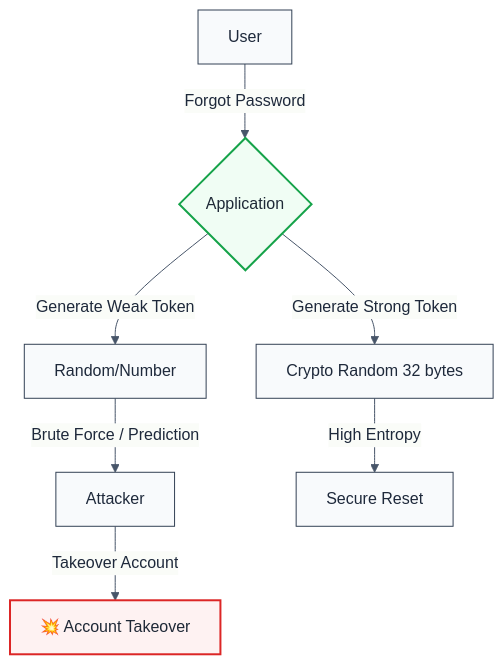
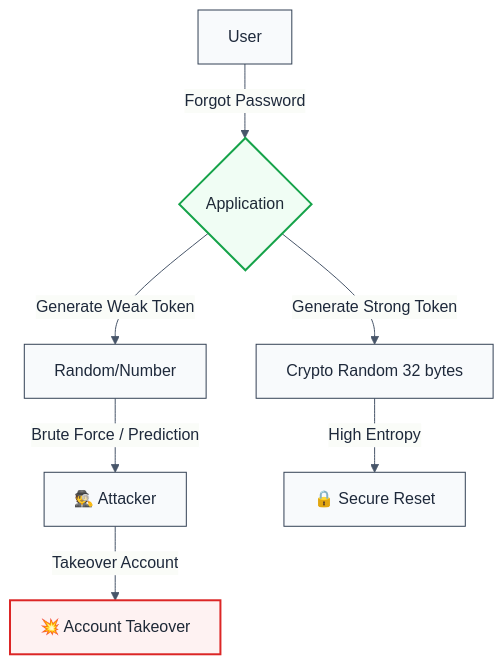
The diagram in apps/docs/content/docs/security/plugin-secure-coding/rules/no-weak-password-recovery.mdx (ofri-peretz/eslint), drawn with Mermaid before and after one commit. The commit also changed other lines of this file and 374 other files, not shown here.

````diff
--- a/apps/docs/content/docs/security/plugin-secure-coding/rules/no-weak-password-recovery.mdx
+++ b/apps/docs/content/docs/security/plugin-secure-coding/rules/no-weak-password-recovery.mdx
@@ -52,31 +54,31 @@
 ```mermaid
 %%{init: {
   'theme': 'base',
   'themeVariables': {
     'primaryColor': '#f8fafc',
     'primaryTextColor': '#1e293b',
     'primaryBorderColor': '#334155',
     'lineColor': '#475569',
     'c0': '#f6ffed',
     'c1': '#f1f5f9',
     'c2': '#e2e8f0',
     'c3': '#cbd5e1'
   }
 }}%%
 flowchart TD
     User[User] -->|Forgot Password| App{Application}
     App -->|Generate Weak Token| WeakToken[Random/Number]
     App -->|Generate Strong Token| StrongToken[Crypto Random 32 bytes]
 
-    WeakToken -->|Brute Force / Prediction| Attacker[Attacker]
-    StrongToken -->|High Entropy| Secure[Secure Reset]
+    WeakToken -->|Brute Force / Prediction| Attacker[🕵️ Attacker]
+    StrongToken -->|High Entropy| Secure[🔒 Secure Reset]
 
     Attacker -->|Takeover Account| ATO["💥 Account Takeover"]
 
     classDef startNode fill:#f0fdf4,stroke:#16a34a,stroke-width:2px,color:#1f2937
     classDef errorNode fill:#fef2f2,stroke:#dc2626,stroke-width:2px,color:#1f2937
 
     class App startNode
     class ATO errorNode
 
 ```
````
